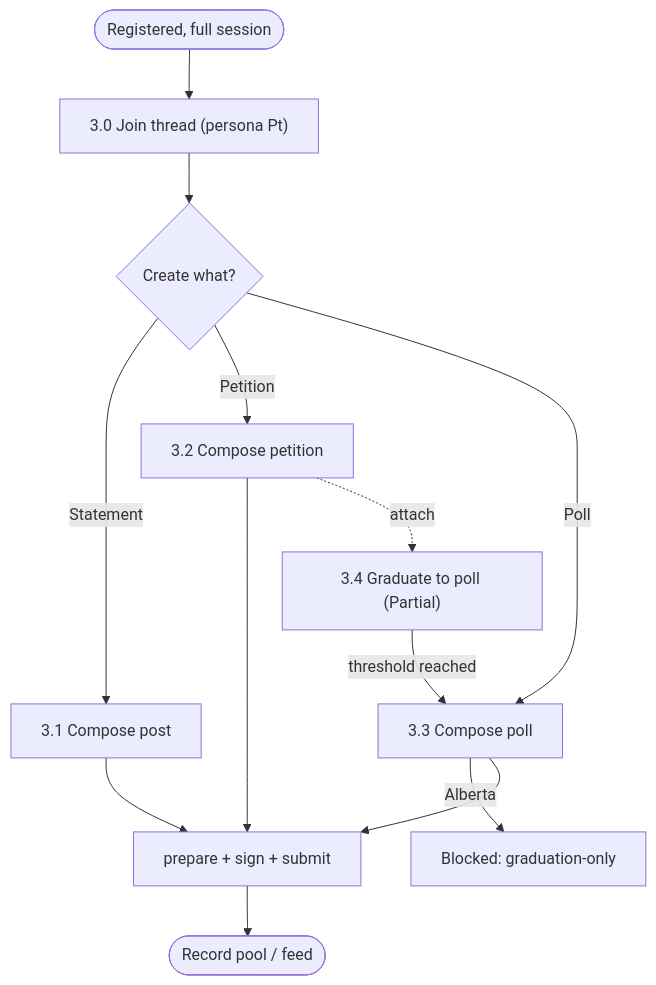
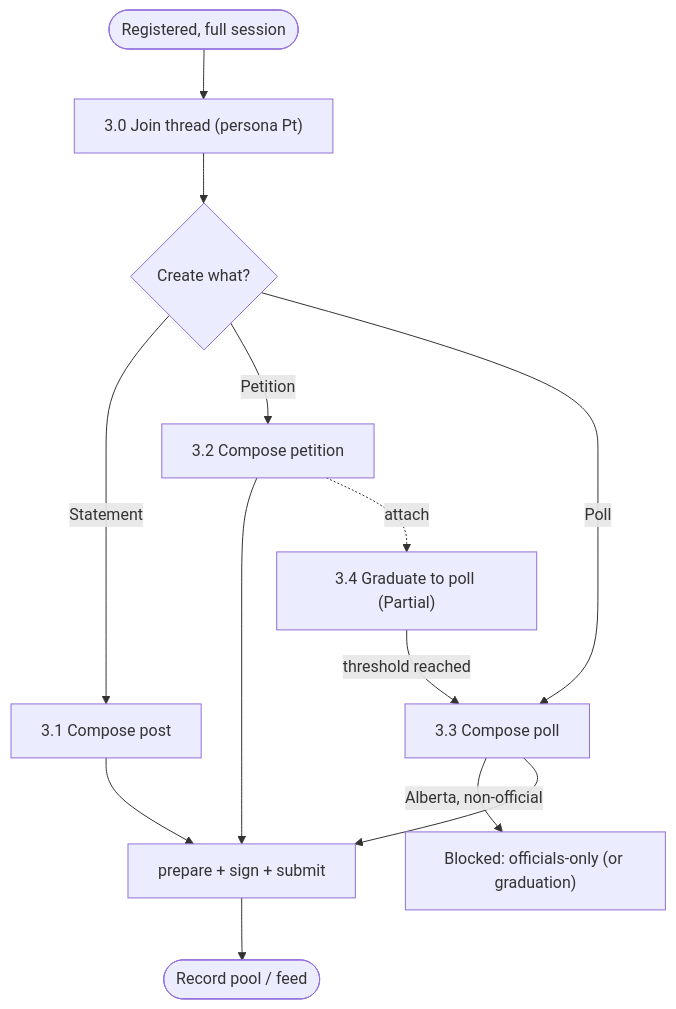
The fourth of 9 diagrams in docs/11-USER-FLOWS.md (oursay/oursay), drawn with Mermaid before and after one commit. The commit also changed other lines of this file and 32 other files, not shown here.

````diff
--- a/docs/11-USER-FLOWS.md
+++ b/docs/11-USER-FLOWS.md
@@ -327,15 +331,15 @@
 ```mermaid
 flowchart TD
   A(["Registered, full session"]) --> J["3.0 Join thread (persona Pt)"]
   J --> CH{"Create what?"}
   CH -->|"Statement"| S["3.1 Compose post"]
   CH -->|"Petition"| P["3.2 Compose petition"]
   CH -->|"Poll"| K["3.3 Compose poll"]
-  K -->|"Alberta"| BLOCK["Blocked: graduation-only"]
+  K -->|"Alberta, non-official"| BLOCK["Blocked: officials-only (or graduation)"]
   S --> PREP["prepare + sign + submit"]
   P --> PREP
   K --> PREP
   PREP --> LEDGER(["Record pool / feed"])
   P -. "attach" .-> GRAD["3.4 Graduate to poll (Partial)"]
   GRAD -->|"threshold reached"| K
 ```
````
